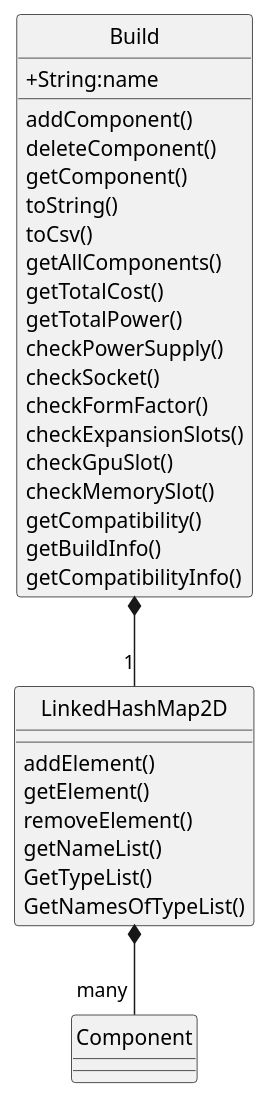
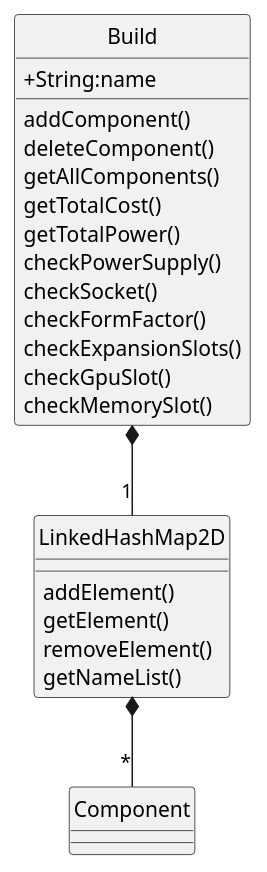
The diagram in docs/puml/Build.puml (nus-cs2113-AY2223S1/tp), drawn with PlantUML before and after one commit. The commit also changed 6 other files, not shown here.

Commit message:
Added Architecture diagram, corrected Component Diagram to make it more readable and other minor fixes

```diff
--- a/docs/puml/Build.puml
+++ b/docs/puml/Build.puml
@@ -1,43 +1,35 @@
 @startuml
 'https://plantuml.com/class-diagram
 hide circle
 skinparam classAttributeIconSize 0
 
 class Build {
     +String:name
     addComponent()
     deleteComponent()
-    getComponent()
-    toString()
-    toCsv()
     getAllComponents()
     getTotalCost()
     getTotalPower()
     checkPowerSupply()
     checkSocket()
     checkFormFactor()
     checkExpansionSlots()
     checkGpuSlot()
     checkMemorySlot()
-    getCompatibility()
-    getBuildInfo()
-    getCompatibilityInfo()
 }
 
 class LinkedHashMap2D {
     addElement()
     getElement()
     removeElement()
     getNameList()
-    GetTypeList()
-    GetNamesOfTypeList()
 }
 
 class Component {
 }
 
 
 Build *-- "1" LinkedHashMap2D
-LinkedHashMap2D *-- "many" Component
+LinkedHashMap2D *-- "*" Component
 
 @enduml
```
